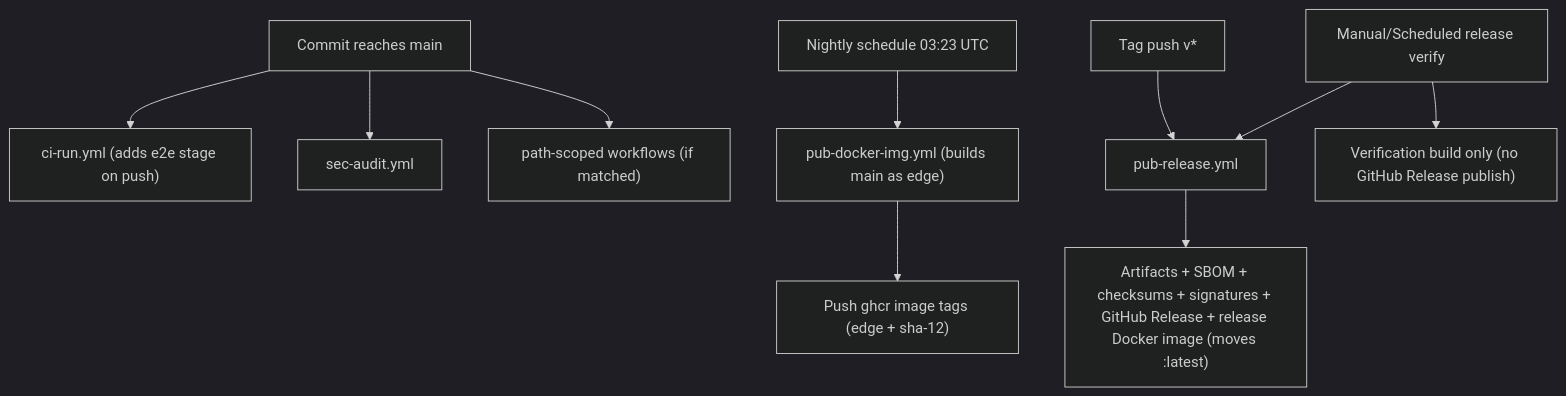
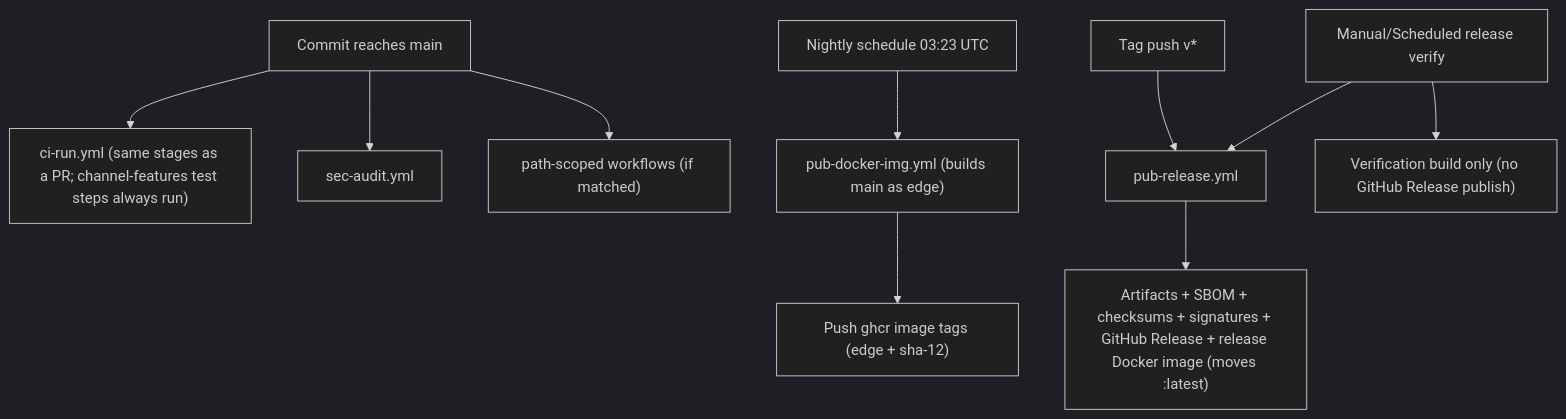
The second of 2 diagrams in .github/workflows/main-branch-flow.md (RantAI-dev/RantAIClaw), drawn with Mermaid (dark theme) before and after one commit. The commit also changed other lines of this file, not shown here.

````diff
--- a/.github/workflows/main-branch-flow.md
+++ b/.github/workflows/main-branch-flow.md
@@ -124,12 +151,12 @@
 ```mermaid
 flowchart TD
-  A["Commit reaches main"] --> B["ci-run.yml (adds e2e stage on push)"]
+  A["Commit reaches main"] --> B["ci-run.yml (same stages as a PR; channel-features test steps always run)"]
   A --> C["sec-audit.yml"]
   A --> D["path-scoped workflows (if matched)"]
   N["Nightly schedule 03:23 UTC"] --> E["pub-docker-img.yml (builds main as edge)"]
   T["Tag push v*"] --> R["pub-release.yml"]
   W["Manual/Scheduled release verify"] --> R
   R --> R1["Artifacts + SBOM + checksums + signatures + GitHub Release + release Docker image (moves :latest)"]
   W --> R2["Verification build only (no GitHub Release publish)"]
   E --> E1["Push ghcr image tags (edge + sha-12)"]
 ```
````
